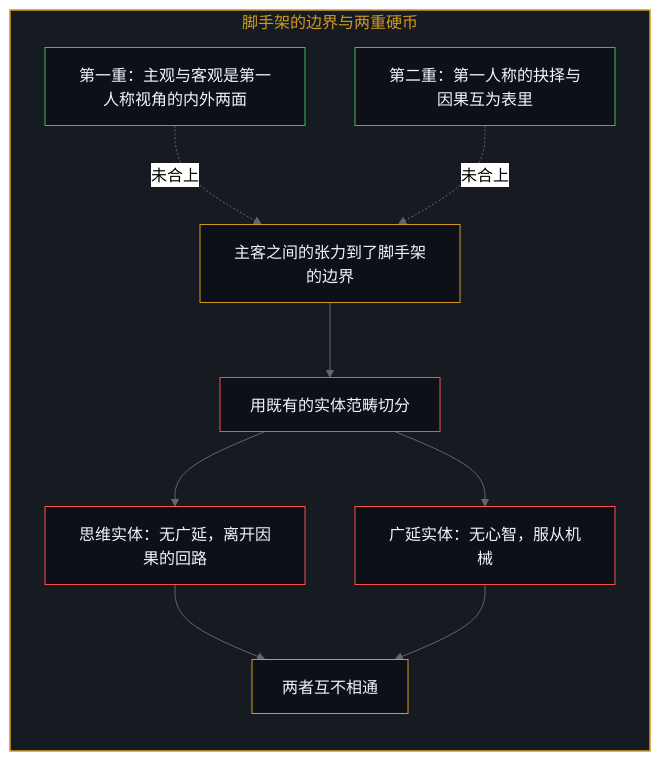
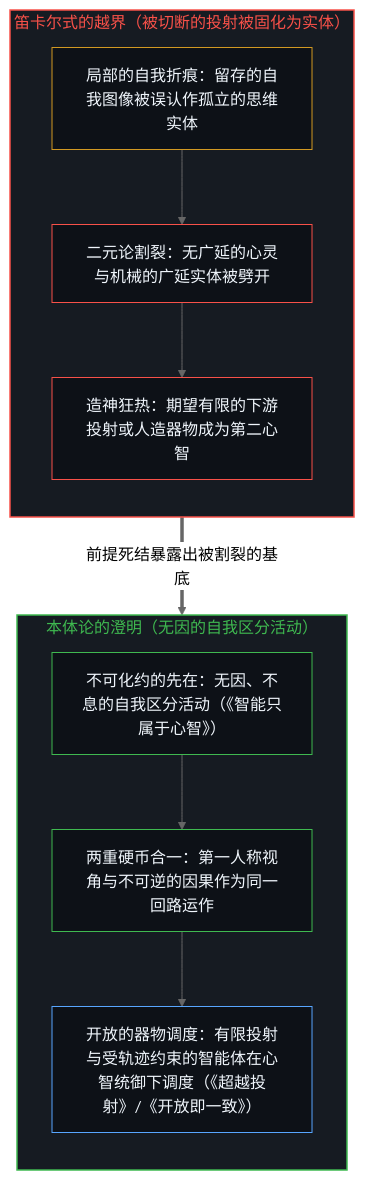
Before and after one commit to powerpig99/not-a-toe: the first of 2 diagrams in content/posts/the-cartesian-overstep-and-the-frenzy-of-creation.md, drawn with Mermaid (neutral theme). The commit also changed other lines of this file and 1 other file, not shown here.

Commit message:
Refine L2 #76: the-cartesian-overstep-and-the-frenzy-of-creation (Deep Sleep Wave 3)

````diff
--- a/content/posts/the-cartesian-overstep-and-the-frenzy-of-creation.md
+++ b/content/posts/the-cartesian-overstep-and-the-frenzy-of-creation.md
@@ -73,29 +27,29 @@
 ```mermaid
 flowchart TD
-    subgraph S_Coin["脚手架的边界与两重硬币"]
+    subgraph S_Overstep["笛卡尔式的越界（被切断的投射被固化为实体）"]
         direction TB
-        First["第一重：主观与客观是第一人称视角的内外两面"]
-        Second["第二重：第一人称的抉择与因果互为表里"]
-        Tension["主客之间的张力到了脚手架的边界"]
-        Reify["用既有的实体范畴切分"]
-        Cog["思维实体：无广延，离开因果的回路"]
-        Ext["广延实体：无心智，服从机械"]
-        Lock["两者互不相通"]
-        First -.->|"未合上"| Tension
-        Second -.->|"未合上"| Tension
-        Tension --> Reify
-        Reify --> Cog
-        Reify --> Ext
-        Cog --> Lock
-        Ext --> Lock
+        C_Crease["局部的自我折痕：留存的自我图像被误认作孤立的思维实体"]
+        C_Split["二元论割裂：无广延的心灵与机械的广延实体被劈开"]
+        C_Frenzy["造神狂热：期望有限的下游投射或人造器物成为第二心智"]
+        C_Crease --> C_Split --> C_Frenzy
     end
 
-    style S_Coin fill:#161b22,stroke:#d29922,stroke-width:1.5px,color:#d29922
-    style First fill:#0d1117,stroke:#3fb950,stroke-width:1px,color:#f0f6fc
-    style Second fill:#0d1117,stroke:#3fb950,stroke-width:1px,color:#f0f6fc
-    style Tension fill:#0d1117,stroke:#d29922,stroke-width:1px,color:#f0f6fc
-    style Reify fill:#0d1117,stroke:#f85149,stroke-width:1px,color:#f0f6fc
-    style Cog fill:#0d1117,stroke:#f85149,stroke-width:1px,color:#f0f6fc
-    style Ext fill:#0d1117,stroke:#f85149,stroke-width:1px,color:#f0f6fc
-    style Lock fill:#0d1117,stroke:#d29922,stroke-width:1px,color:#f0f6fc
+    subgraph S_Clarity["本体论的澄明（无因的自我区分活动）"]
+        direction TB
+        O_Prior["不可化约的先在：无因、不息的自我区分活动（《智能只属于心智》）"]
+        O_Coin["两重硬币合一：第一人称视角与不可逆的因果作为同一回路运作"]
+        O_Proj["开放的器物调度：有限投射与受轨迹约束的智能体在心智统御下调度（《超越投射》/《开放即一致》）"]
+        O_Prior --> O_Coin --> O_Proj
+    end
+
+    C_Frenzy ==>|"前提死结暴露出被割裂的基底"| O_Prior
+
+    style S_Overstep fill:#161b22,stroke:#f85149,stroke-width:1.5px,color:#f85149
+    style S_Clarity fill:#161b22,stroke:#3fb950,stroke-width:1.5px,color:#3fb950
+    style C_Crease fill:#0d1117,stroke:#d29922,stroke-width:1px,color:#f0f6fc
+    style C_Split fill:#0d1117,stroke:#f85149,stroke-width:1px,color:#f0f6fc
+    style C_Frenzy fill:#0d1117,stroke:#f85149,stroke-width:1px,color:#f0f6fc
+    style O_Prior fill:#0d1117,stroke:#3fb950,stroke-width:1px,color:#f0f6fc
+    style O_Coin fill:#0d1117,stroke:#3fb950,stroke-width:1px,color:#f0f6fc
+    style O_Proj fill:#0d1117,stroke:#58a6ff,stroke-width:1px,color:#f0f6fc
 ```
````
